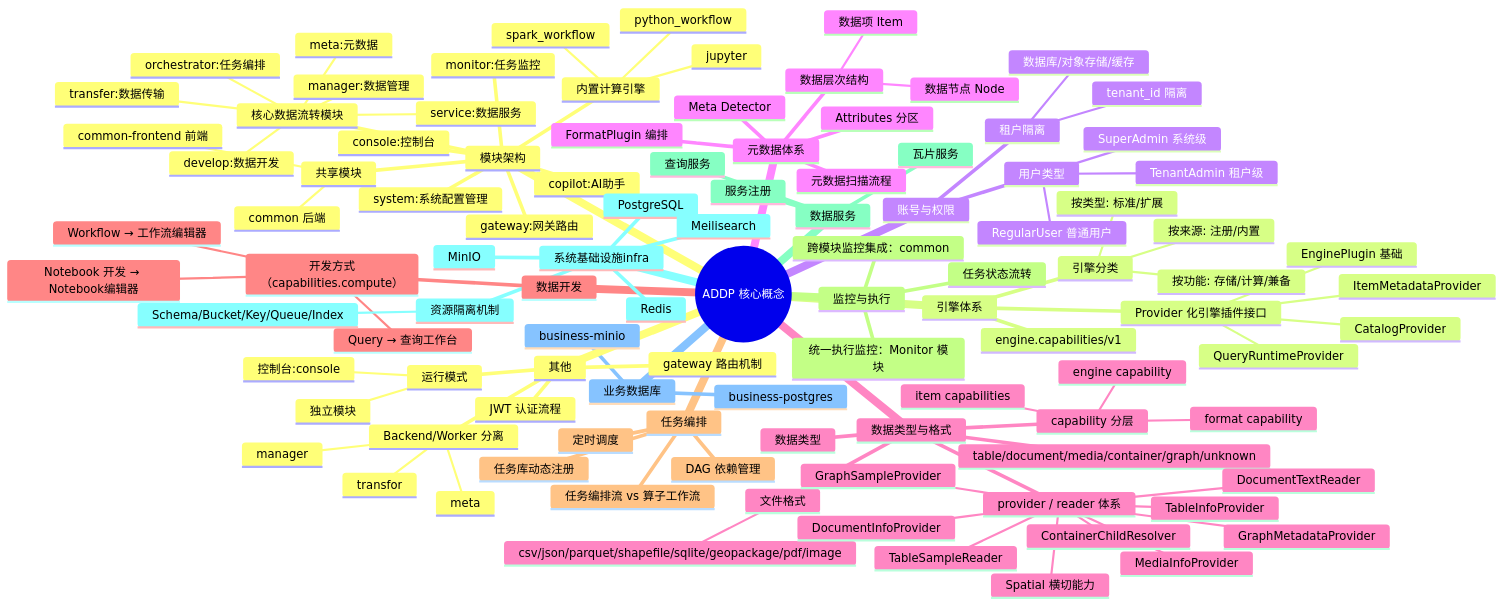
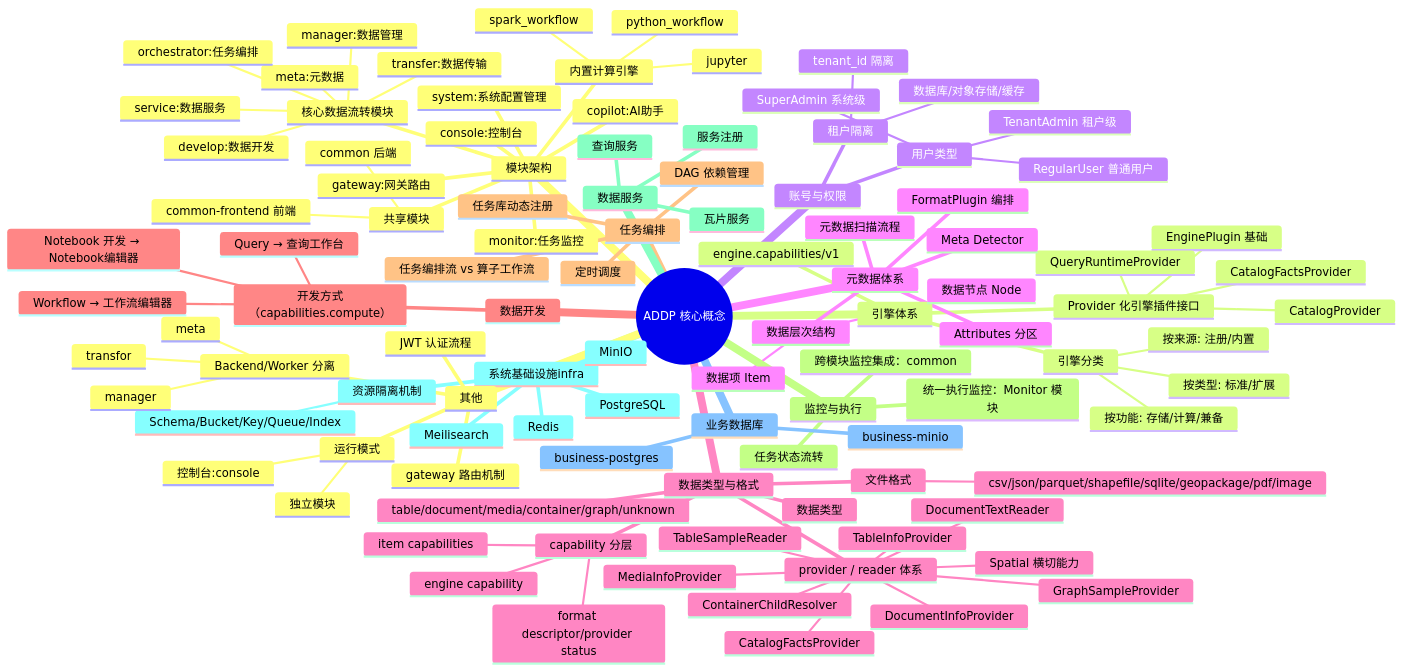
One commit to pampa0629/addp changed the first of 2 diagrams in docs/concepts/addp核心概念关系图.md. Above: the diagram before and after it, drawn with Mermaid. The commit also changed other lines of this file and 334 other files, not shown here.

```diff
--- a/docs/concepts/addp核心概念关系图.md
+++ b/docs/concepts/addp核心概念关系图.md
@@ -43,7 +43,7 @@
       Provider 化引擎插件接口
         EnginePlugin 基础
         CatalogProvider
-        ItemMetadataProvider
+        CatalogFactsProvider
         QueryRuntimeProvider
       引擎分类
         按功能: 存储/计算/兼备
@@ -73,7 +73,7 @@
         csv/json/parquet/shapefile/sqlite/geopackage/pdf/image
       capability 分层
         engine capability
-        format capability
+        format descriptor/provider status
         item capabilities
       provider / reader 体系
         TableInfoProvider
@@ -82,7 +82,7 @@
         DocumentTextReader
         MediaInfoProvider
         ContainerChildResolver
-        GraphMetadataProvider
+        CatalogFactsProvider
         GraphSampleProvider
         Spatial 横切能力
     数据开发
```
